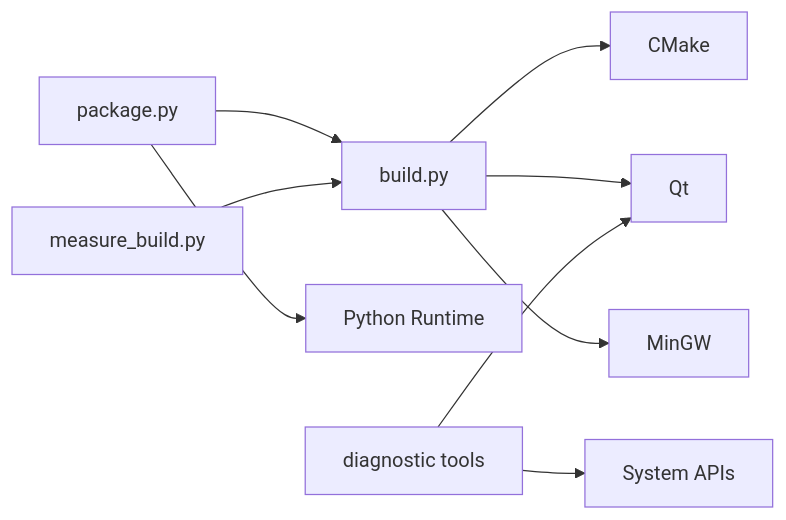
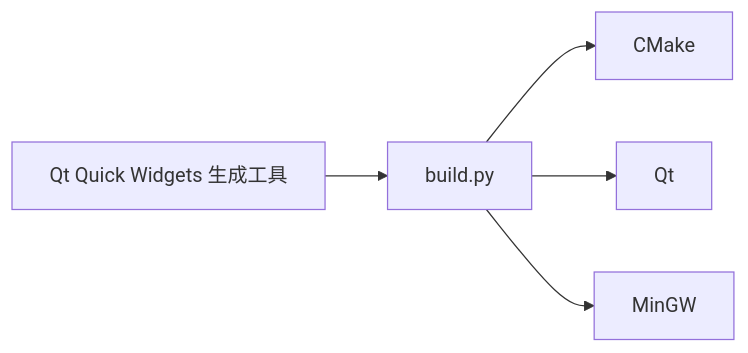
One commit to jakecai1225-design/OpenBus changed the third of 3 diagrams in .qoder/repowiki/zh/content/开发指南/开发工作流.md. Above: the diagram before and after it, drawn with Mermaid. The commit also changed other lines of this file and 11 other files, not shown here.

````diff
--- a/.qoder/repowiki/zh/content/开发指南/开发工作流.md
+++ b/.qoder/repowiki/zh/content/开发指南/开发工作流.md
@@ -322,11 +234,7 @@
 ```mermaid
 graph LR
 Build["build.py"] --> CMake["CMake"]
 Build --> Qt["Qt"]
 Build --> MinGW["MinGW"]
-Package["package.py"] --> Build
-Package --> Python["Python Runtime"]
-Measure["measure_build.py"] --> Build
-Diag["diagnostic tools"] --> Qt
-Diag --> SystemAPI["System APIs"]
+GenTool["Qt Quick Widgets 生成工具"] --> Build
 ```
````
